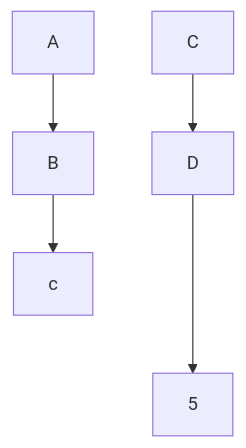
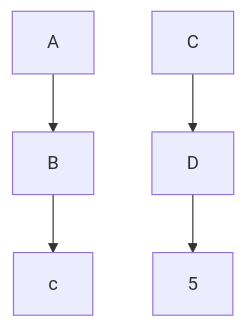
Before and after one commit to Ankitprajapati24/C-Task: the diagram in README.md, drawn with Mermaid.

````diff
--- a/README.md
+++ b/README.md
@@ -18,7 +18,7 @@
 ```mermaid
 graph TD;
     A-->B;
     B-->c;
     C-->D;
-    D--->5;
+    D-->5;
 ```
````
